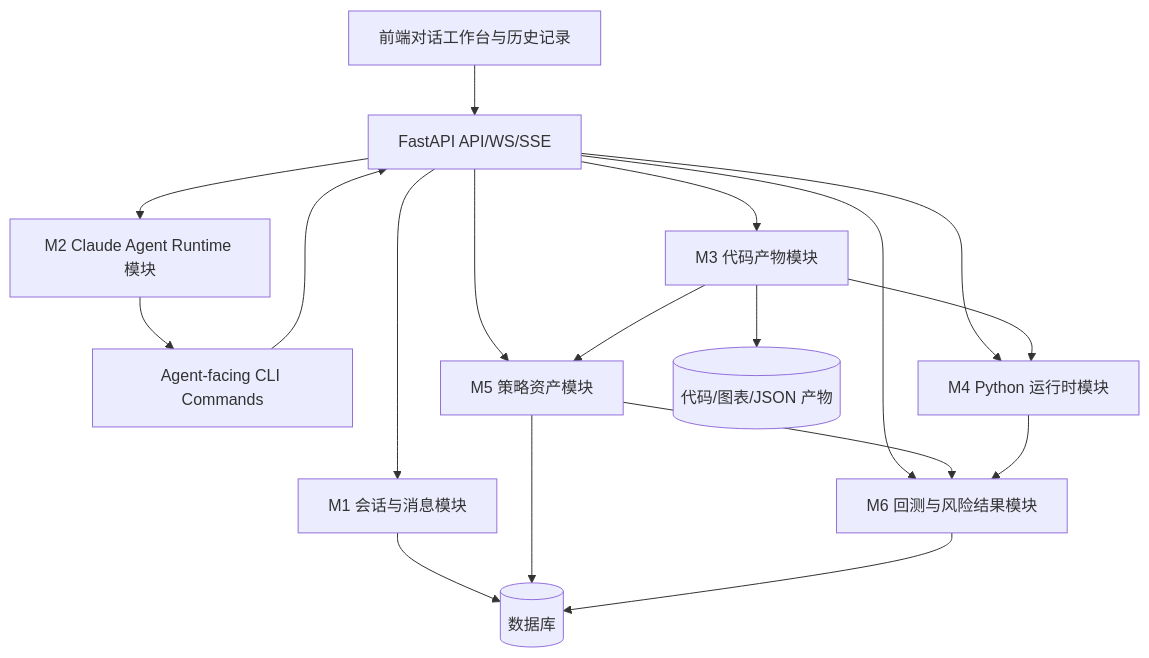
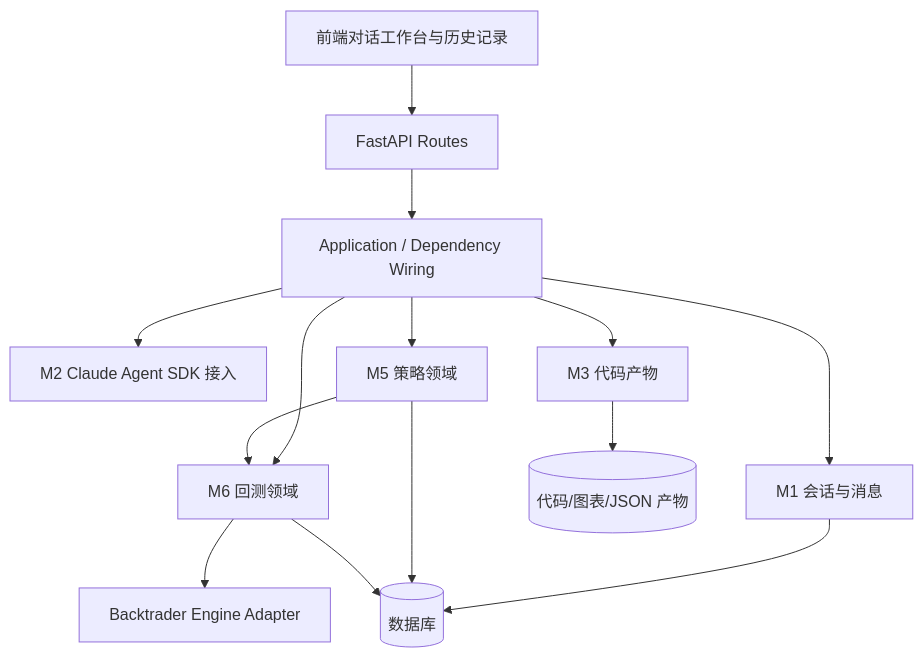
One commit to hyf001/chat-quant changed the second of 4 diagrams in docs/概要设计说明书.md. Above: the diagram before and after it, drawn with Mermaid. The commit also changed other lines of this file and 44 other files, not shown here.

````diff
--- a/docs/概要设计说明书.md
+++ b/docs/概要设计说明书.md
@@ -92,20 +92,16 @@
 ```mermaid
 flowchart TB
-    UI["前端对话工作台与历史记录"] --> API["FastAPI API/WS/SSE"]
-    API --> M2["M2 Claude Agent Runtime 模块"]
-    M2 --> CLI["Agent-facing CLI Commands"]
-    CLI --> API
-    API --> M1["M1 会话与消息模块"]
-    API --> M3["M3 代码产物模块"]
-    API --> M4["M4 Python 运行时模块"]
-    API --> M5["M5 策略资产模块"]
-    API --> M6["M6 回测与风险结果模块"]
-    M3 --> M4
-    M3 --> M5
+    UI["前端对话工作台与历史记录"] --> ROUTE["FastAPI Routes"]
+    ROUTE --> APP["Application / Dependency Wiring"]
+    APP --> M1["M1 会话与消息"]
+    APP --> M2["M2 Claude Agent SDK 接入"]
+    APP --> M3["M3 代码产物"]
+    APP --> M5["M5 策略领域"]
+    APP --> M6["M6 回测领域"]
     M5 --> M6
-    M4 --> M6
+    M6 --> BTI["Backtrader Engine Adapter"]
     M1 --> DB[("数据库")]
     M3 --> STORE[("代码/图表/JSON 产物")]
     M5 --> DB
     M6 --> DB
 ```
````
